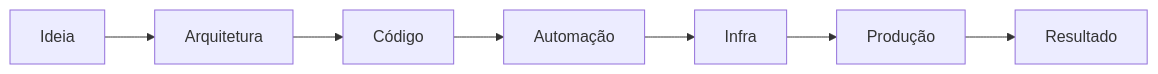
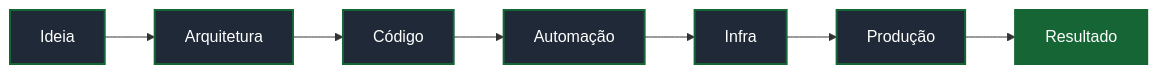
Diagram 16 of 16 in profile/README.md (StackBlackzada/.github), drawn with Mermaid before and after one commit. The commit also changed other lines of this file, not shown here.

````diff
--- a/profile/README.md
+++ b/profile/README.md
@@ -453,4 +708,8 @@
 ```mermaid
 flowchart LR
     A["Ideia"] --> B["Arquitetura"] --> C["Código"] --> D["Automação"] --> E["Infra"] --> F["Produção"] --> G["Resultado"]
+    classDef d fill:#1F2937,stroke:#166534,color:#fff,stroke-width:2px
+    classDef hot fill:#166534,stroke:#166534,color:#fff,stroke-width:2px
+    class A,B,C,D,E,F d
+    class G hot
 ```
````
